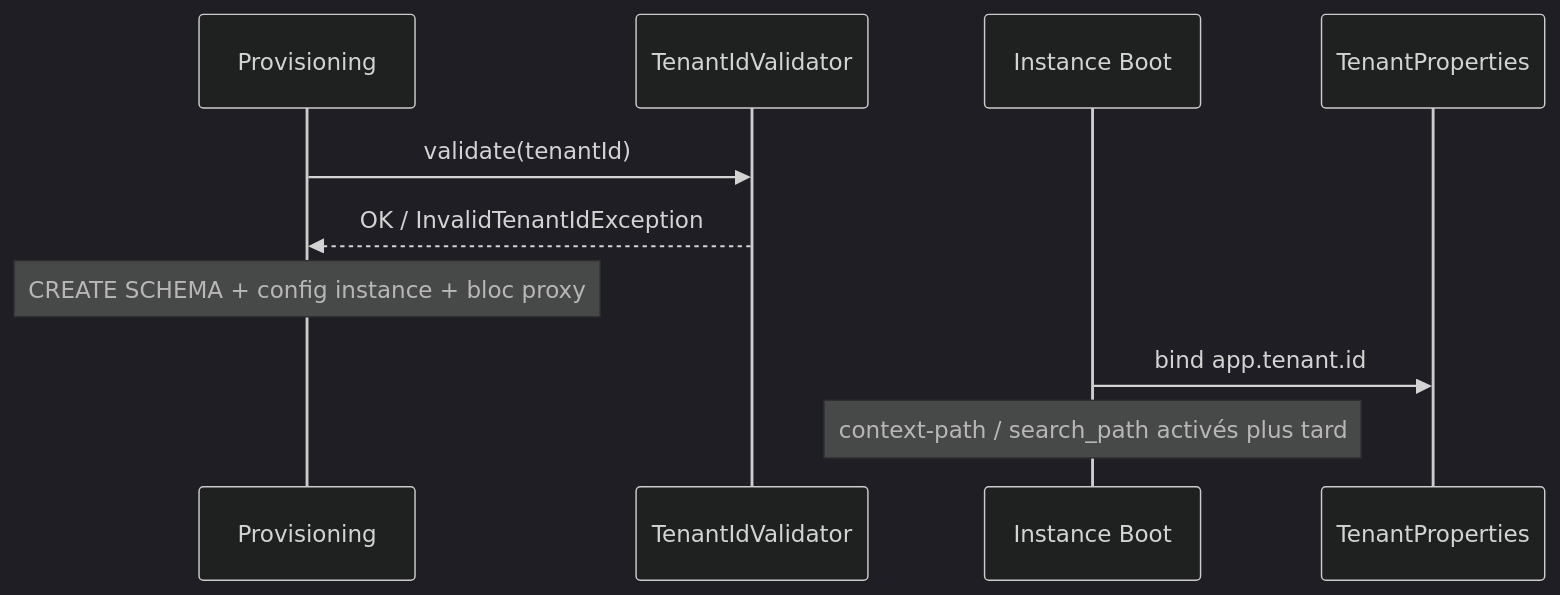
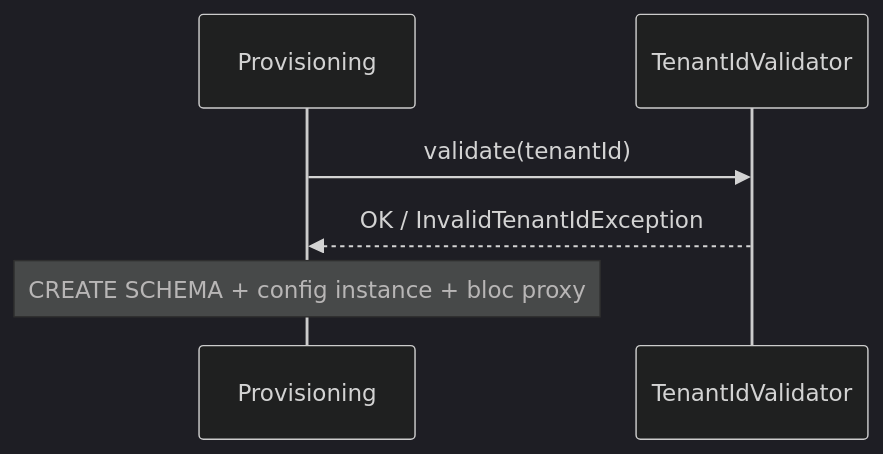
The third of 3 diagrams in docs/ai/design/2026-07-31-feature-multi-tenant.md (superjojo79/Myrmacta), drawn with Mermaid (dark theme) before and after one commit. The commit also changed other lines of this file and 1 other file, not shown here.

First line of the commit message:
docs(multi-tenant): phase 3 — revue design acceptée

````diff
--- a/docs/ai/design/2026-07-31-feature-multi-tenant.md
+++ b/docs/ai/design/2026-07-31-feature-multi-tenant.md
@@ -43,13 +74,9 @@
 ```mermaid
 sequenceDiagram
   participant Ops as Provisioning
   participant Val as TenantIdValidator
-  participant App as Instance Boot
-  participant Props as TenantProperties
 
   Ops->>Val: validate(tenantId)
   Val-->>Ops: OK / InvalidTenantIdException
   Note over Ops: CREATE SCHEMA + config instance + bloc proxy
-  App->>Props: bind app.tenant.id
-  Note over App: context-path / search_path activés plus tard
 ```
````
